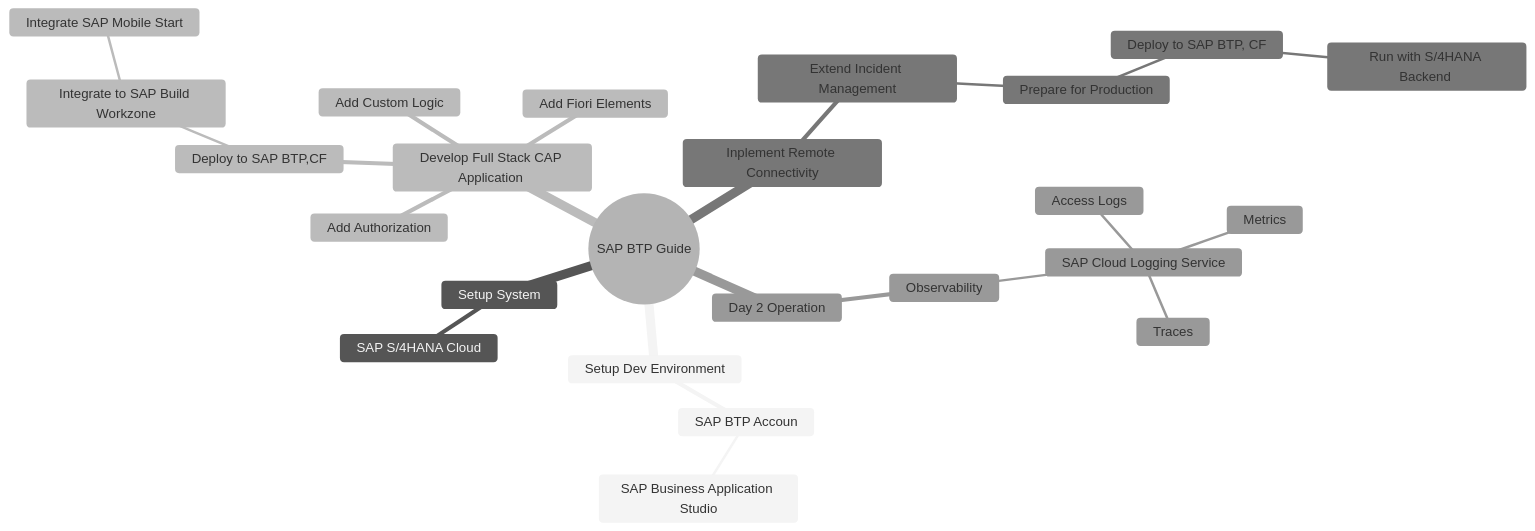
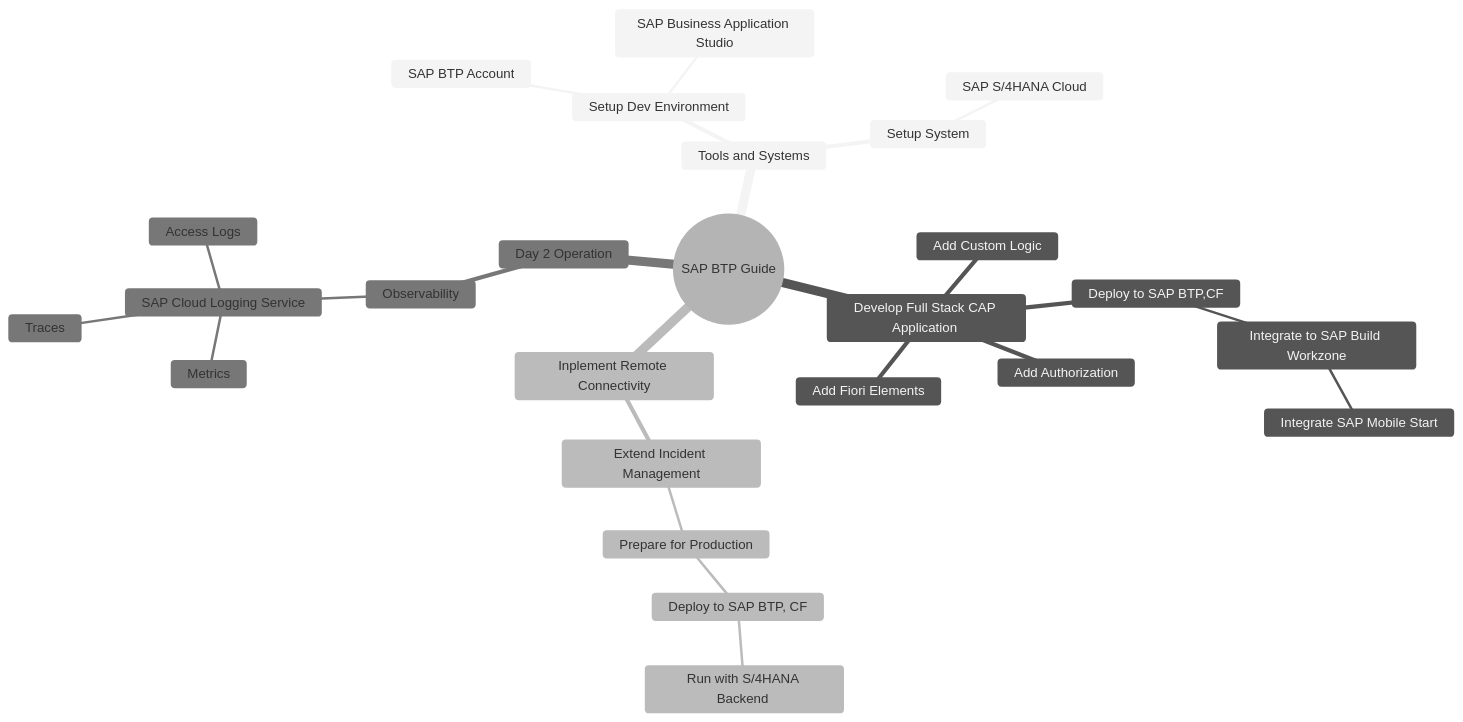
Before and after one commit to SAP-samples/btp-end-to-end-scenario-use-cases: the first of 4 diagrams in topic3/README.md, drawn with Mermaid (neutral theme).

````diff
--- a/topic3/README.md
+++ b/topic3/README.md
@@ -9,27 +9,28 @@
 ```mermaid
    mindmap
   root((SAP BTP Guide))
-    Setup Dev Environment
-      SAP BTP Accoun
+    Tools and Systems
+      Setup Dev Environment
+        SAP BTP Account
         SAP Business Application Studio
-    Setup System   
-      SAP S/4HANA Cloud
+      Setup System   
+        SAP S/4HANA Cloud
     Develop Full Stack CAP Application 
       Add Custom Logic
       Add Fiori Elements
       Add Authorization
       Deploy to SAP BTP,CF
         Integrate to SAP Build Workzone
           Integrate SAP Mobile Start
     Inplement Remote Connectivity
       Extend Incident Management
         Prepare for Production
           Deploy to SAP BTP, CF
             Run with S/4HANA Backend 
     Day 2 Operation
       Observability
         SAP Cloud Logging Service
           Access Logs
           Metrics
           Traces
 ```
````
